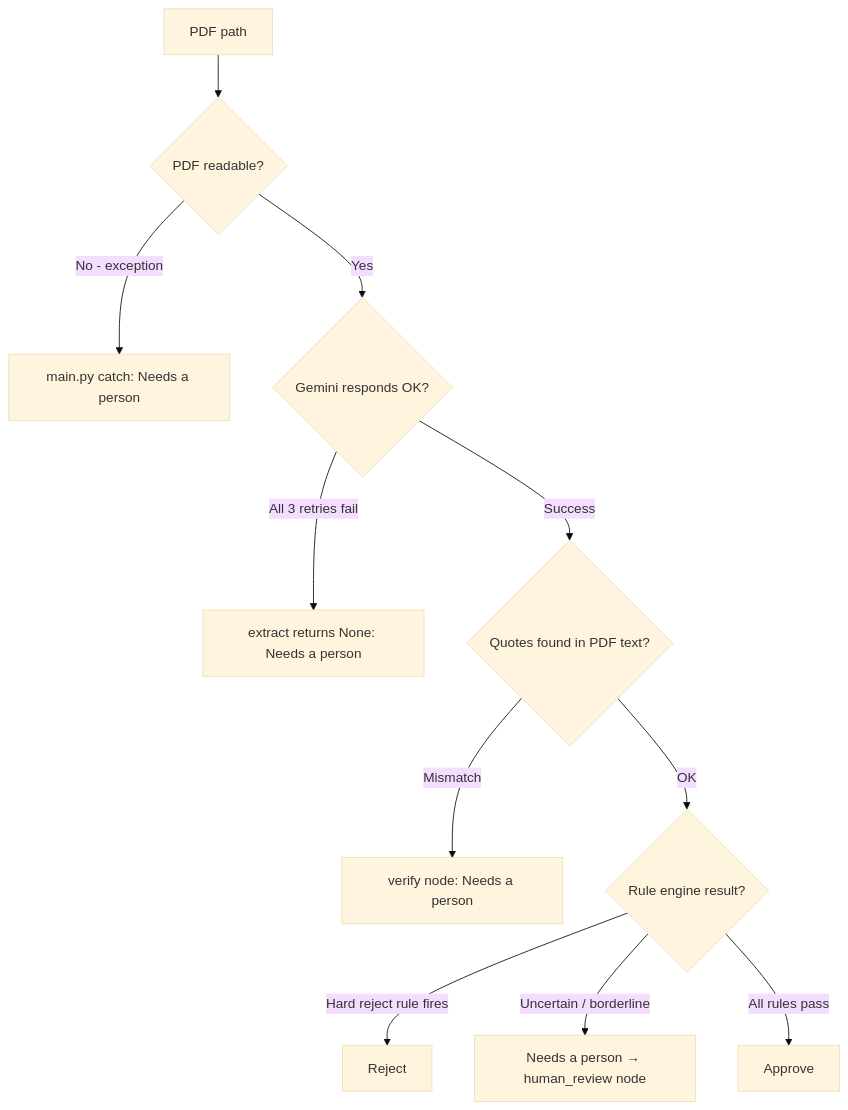
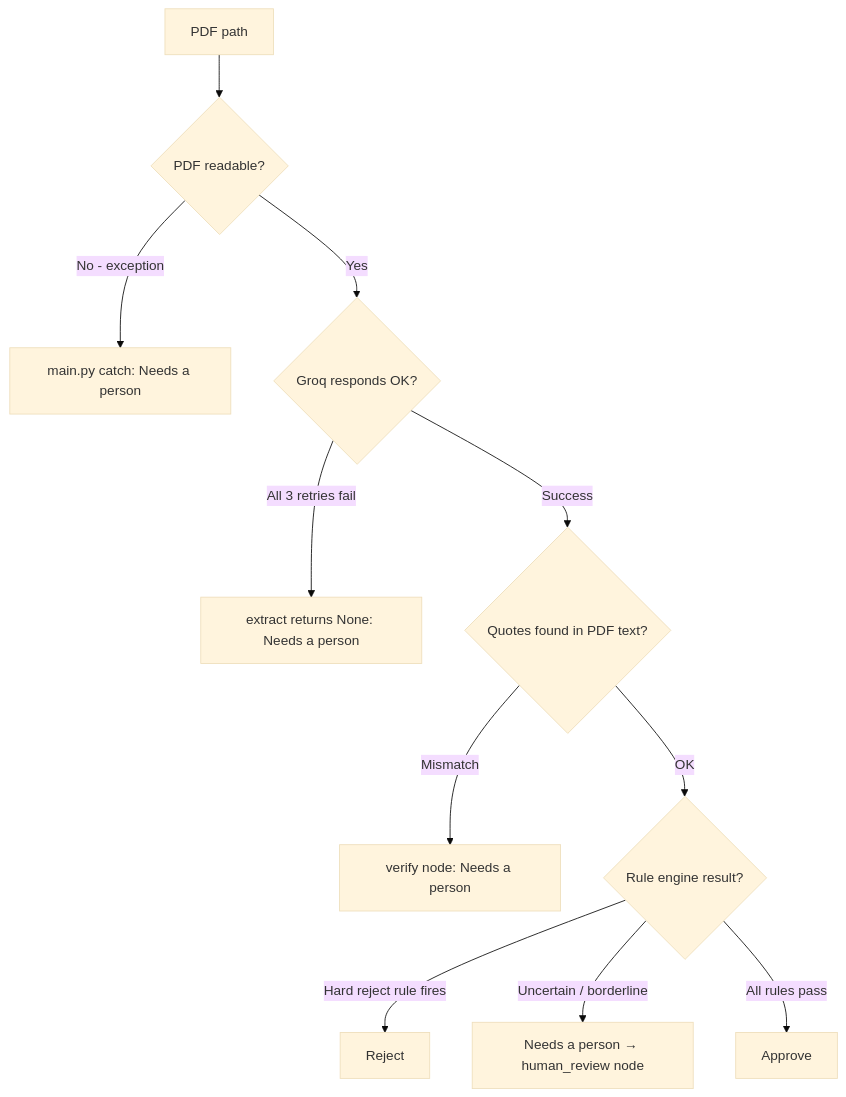
The seventh of 8 diagrams in docs/ARCHITECTURE.md (Faiaz007/Ai-Procurement-Checker), drawn with Mermaid (base theme) before and after one commit. The commit also changed other lines of this file and 6 other files, not shown here.

````diff
--- a/docs/ARCHITECTURE.md
+++ b/docs/ARCHITECTURE.md
@@ -180,13 +180,13 @@
 ```mermaid
 flowchart TD
     A[PDF path] --> B{PDF readable?}
     B -->|No - exception| C[main.py catch: Needs a person]
-    B -->|Yes| D{Gemini responds OK?}
+    B -->|Yes| D{Groq responds OK?}
     D -->|All 3 retries fail| E[extract returns None: Needs a person]
     D -->|Success| F{Quotes found in PDF text?}
     F -->|Mismatch| G[verify node: Needs a person]
     F -->|OK| H{Rule engine result?}
     H -->|Hard reject rule fires| I[Reject]
     H -->|Uncertain / borderline| J[Needs a person → human_review node]
     H -->|All rules pass| K[Approve]
 ```
````
